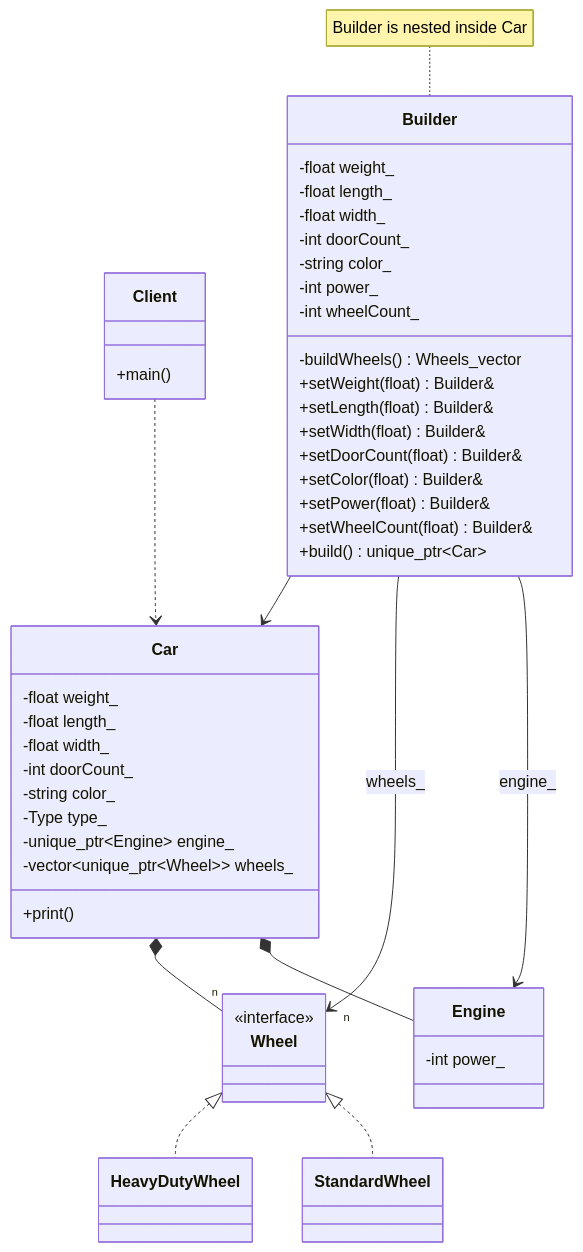
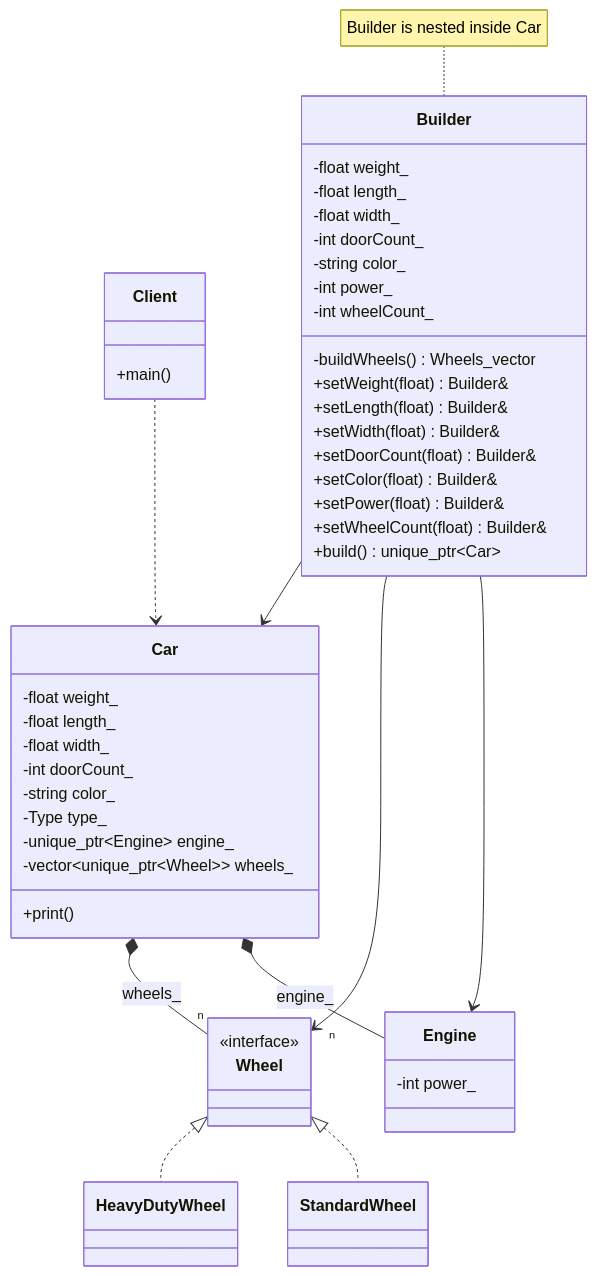
One commit to Cichlidfishexigency721/Modern-CPP-Design-Patterns changed the diagram in 01_Builder/Dynamic_example/diagram.md. Above: the diagram before and after it, drawn with Mermaid.

Commit message:
UML improvement

````diff
--- a/01_Builder/Dynamic_example/diagram.md
+++ b/01_Builder/Dynamic_example/diagram.md
@@ -3,57 +3,57 @@
 ```mermaid
 classDiagram
    class Client { +main() }
 
    class Engine { -int power_ }
    class Wheel { <<interface>> }
    class StandardWheel
    class HeavyDutyWheel
    
    class Car {
       -float weight_
       -float length_
       -float width_
       -int doorCount_
       -string color_
       -Type type_
       -unique_ptr~Engine~ engine_
       -vector~unique_ptr~Wheel~~ wheels_
 
       +print()
    }
 
    class Builder {
       -float weight_
       -float length_
       -float width_
       -int doorCount_
       -string color_
       -int power_
       -int wheelCount_
 
       -buildWheels() Wheels_vector
       +setWeight(float) Builder&
       +setLength(float) Builder&
       +setWidth(float) Builder&
       +setDoorCount(float) Builder&
       +setColor(float) Builder&
       +setPower(float) Builder&
       +setWheelCount(float) Builder&
       +build() unique_ptr~Car~
    }
 
    Wheel <|.. StandardWheel
    Wheel <|.. HeavyDutyWheel
    
    %% Relations
-   Car *-- Engine
-   Car *-- "n" Wheel
+   Car *-- Engine : engine_
+   Car *-- "n" Wheel : wheels_
    
-   Builder --> Engine : engine_
-   Builder --> "n" Wheel : wheels_
+   Builder --> Engine
+   Builder --> "n" Wheel
    Builder --> Car
 
    note for Builder "Builder is nested inside Car"
 
    Client ..> Car
 ```
````
